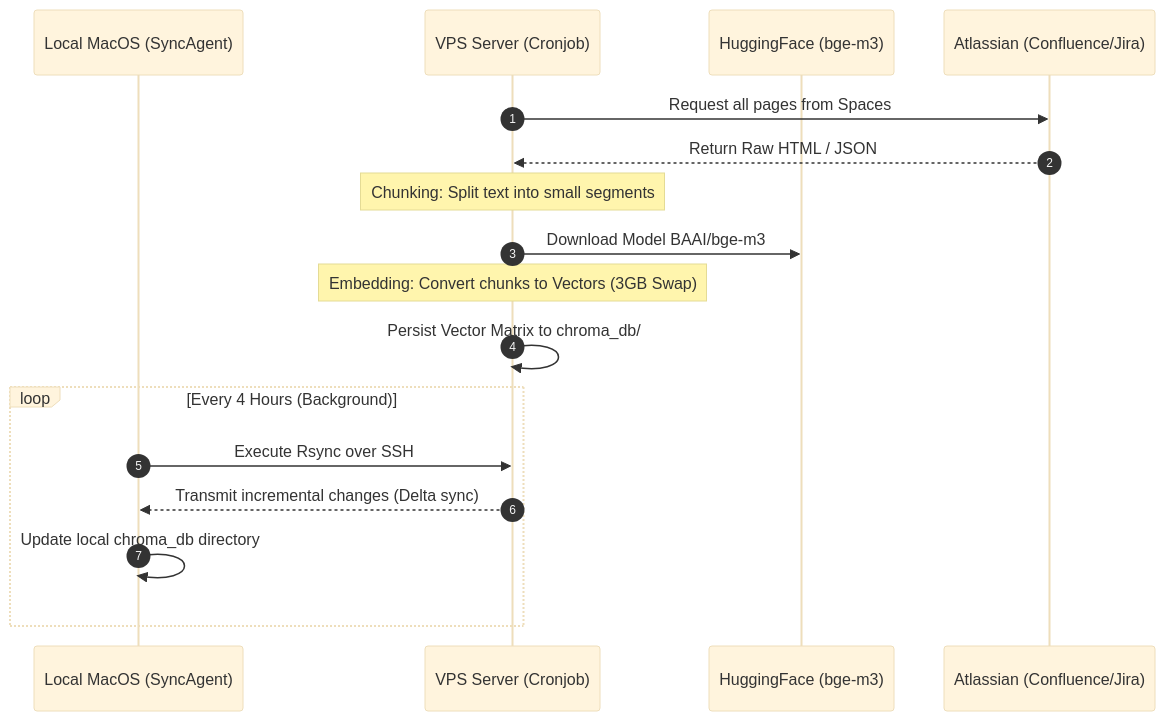
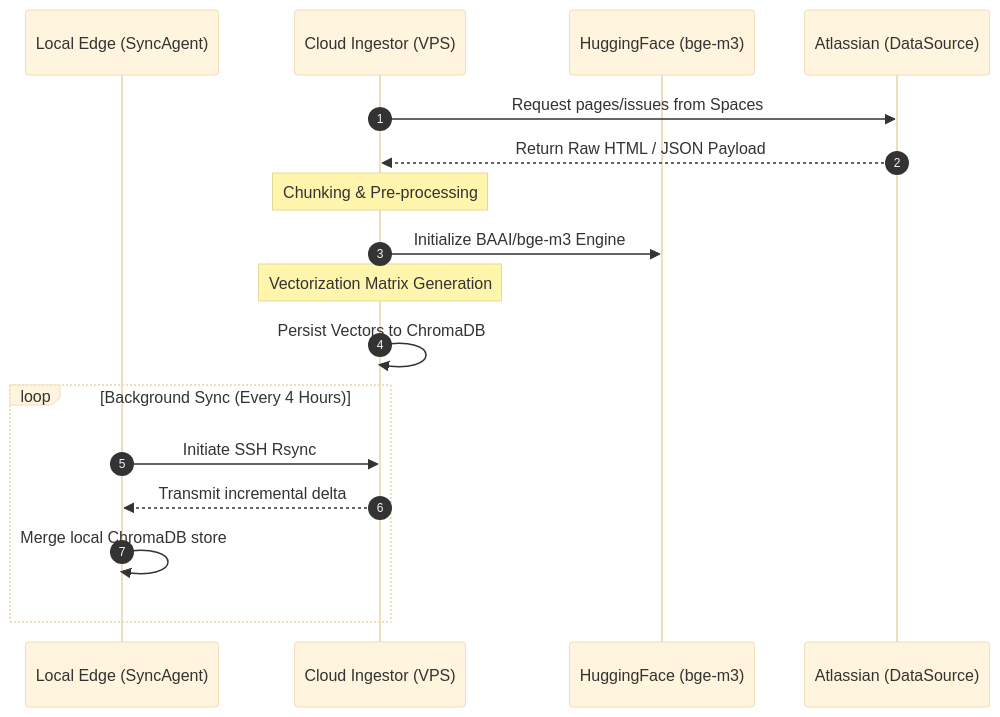
Before and after one commit to cachep-xidau/MCP-server: the third of 4 diagrams in README.md, drawn with Mermaid (base theme). The commit also changed other lines of this file, not shown here.

````diff
--- a/README.md
+++ b/README.md
@@ -66,21 +69,21 @@
 ```mermaid
 sequenceDiagram
     autonumber
-    participant Mac as Local MacOS (SyncAgent)
-    participant VPS as VPS Server (Cronjob)
+    participant Mac as Local Edge (SyncAgent)
+    participant VPS as Cloud Ingestor (VPS)
     participant Model as HuggingFace (bge-m3)
-    participant Atlas as Atlassian (Confluence/Jira)
+    participant Atlas as Atlassian (DataSource)
     
-    VPS->>Atlas: Request all pages from Spaces
-    Atlas-->>VPS: Return Raw HTML / JSON
-    Note over VPS: Chunking: Split text into small segments
-    VPS->>Model: Download Model BAAI/bge-m3
-    Note over VPS: Embedding: Convert chunks to Vectors (3GB Swap)
-    VPS->>VPS: Persist Vector Matrix to chroma_db/
+    VPS->>Atlas: Request pages/issues from Spaces
+    Atlas-->>VPS: Return Raw HTML / JSON Payload
+    Note over VPS: Chunking & Pre-processing
+    VPS->>Model: Initialize BAAI/bge-m3 Engine
+    Note over VPS: Vectorization Matrix Generation
+    VPS->>VPS: Persist Vectors to ChromaDB
     
-    loop Every 4 Hours (Background)
-        Mac->>VPS: Execute Rsync over SSH
-        VPS-->>Mac: Transmit incremental changes (Delta sync)
-        Mac->>Mac: Update local chroma_db directory
+    loop Background Sync (Every 4 Hours)
+        Mac->>VPS: Initiate SSH Rsync
+        VPS-->>Mac: Transmit incremental delta
+        Mac->>Mac: Merge local ChromaDB store
     end
 ```
````
